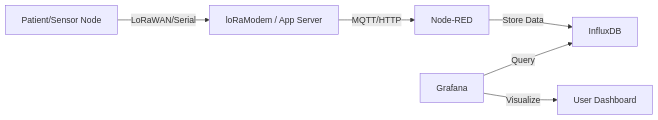
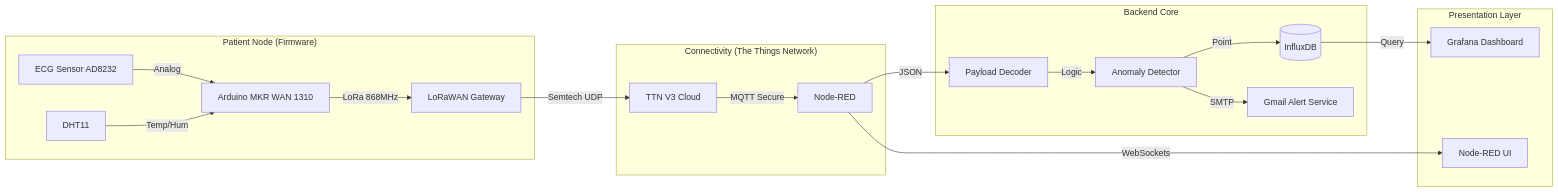
The diagram in README.md (Azeddinebelilita/Syst-me-connect-de-surveillance-cardiaque-ECG-), drawn with Mermaid before and after one commit. The commit also changed other lines of this file, not shown here.

Commit message:
docs: add comprehensive project details and architecture

````diff
--- a/README.md
+++ b/README.md
@@ -8,8 +51,25 @@
 ```mermaid
 graph LR
-    A[Patient/Sensor Node] -->|LoRaWAN/Serial| B[loRaModem / App Server]
-    B -->|MQTT/HTTP| C[Node-RED]
-    C -->|Store Data| D[InfluxDB]
-    E[Grafana] -->|Query| D
-    E -->|Visualize| F[User Dashboard]
+    subgraph "Patient Node (Firmware)"
+        Sensor[ECG Sensor AD8232] -->|Analog| MCU[Arduino MKR WAN 1310]
+        DHT[DHT11] -->|Temp/Hum| MCU
+        MCU -->|LoRa 868MHz| Gateway[LoRaWAN Gateway]
+    end
+
+    subgraph "Connectivity (The Things Network)"
+        Gateway -->|Semtech UDP| TTN[TTN V3 Cloud]
+        TTN -->|MQTT Secure| Backend
+    end
+
+    subgraph "Backend Core"
+        Backend[Node-RED] -->|JSON| Decoder[Payload Decoder]
+        Decoder -->|Logic| Filter[Anomaly Detector]
+        Filter -->|Point| DB[(InfluxDB)]
+        Filter -->|SMTP| Email[Gmail Alert Service]
+    end
+
+    subgraph "Presentation Layer"
+        DB -->|Query| Grafana[Grafana Dashboard]
+        Backend -->|WebSockets| UIDashboard[Node-RED UI]
+    end
 ```
````
